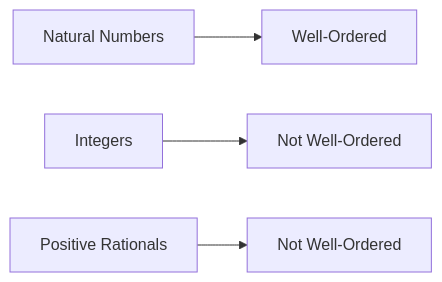
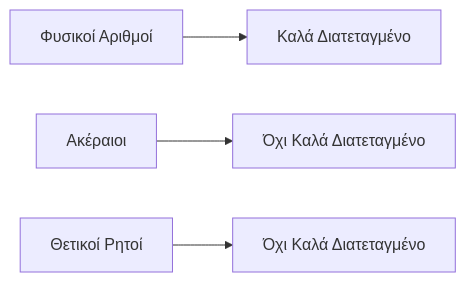
Before and after one commit to PanagopoulosNikolaos/DitOpenNotes: the second of 2 diagrams in Year_1/Semester_2/DISCRETE_MATHEMATICS/Resources/Notes/4_Indexed Sets & Well Ordering Principle.md, drawn with Mermaid. The commit also changed other lines of this file and 8 other files, not shown here.

````diff
--- a/Year_1/Semester_2/DISCRETE_MATHEMATICS/Resources/Notes/4_Indexed Sets & Well Ordering Principle.md
+++ b/Year_1/Semester_2/DISCRETE_MATHEMATICS/Resources/Notes/4_Indexed Sets & Well Ordering Principle.md
@@ -48,11 +48,11 @@
 ```mermaid
 graph LR
-    N["Natural Numbers"] --> WO["Well-Ordered"]
-    Z["Integers"] --> NWO["Not Well-Ordered"]
-    Q["Positive Rationals"] --> NWO2["Not Well-Ordered"]
+    N["Φυσικοί Αριθμοί"] --> WO["Καλά Διατεταγμένο"]
+    Z["Ακέραιοι"] --> NWO["Όχι Καλά Διατεταγμένο"]
+    Q["Θετικοί Ρητοί"] --> NWO2["Όχι Καλά Διατεταγμένο"]
     
     style WO fill:#f
     style NWO fill:#f
     style NWO2 fill:#f
 
 ```
````
